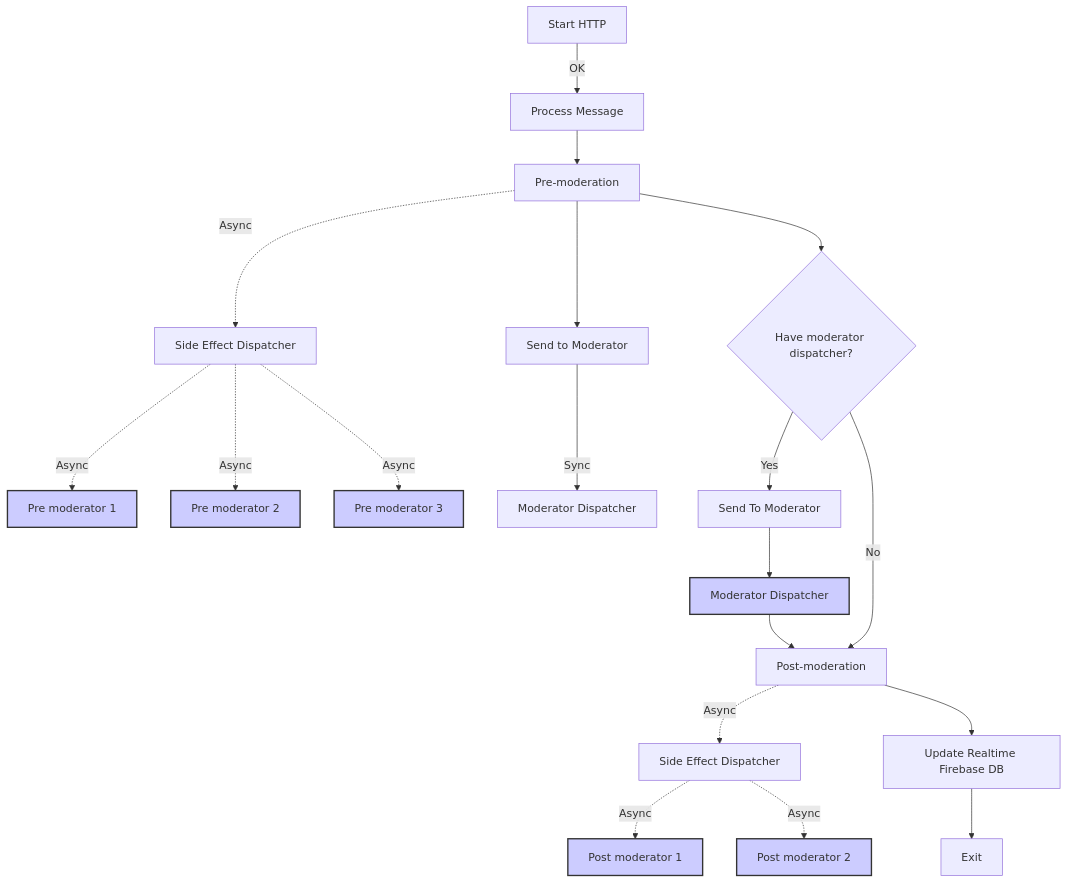
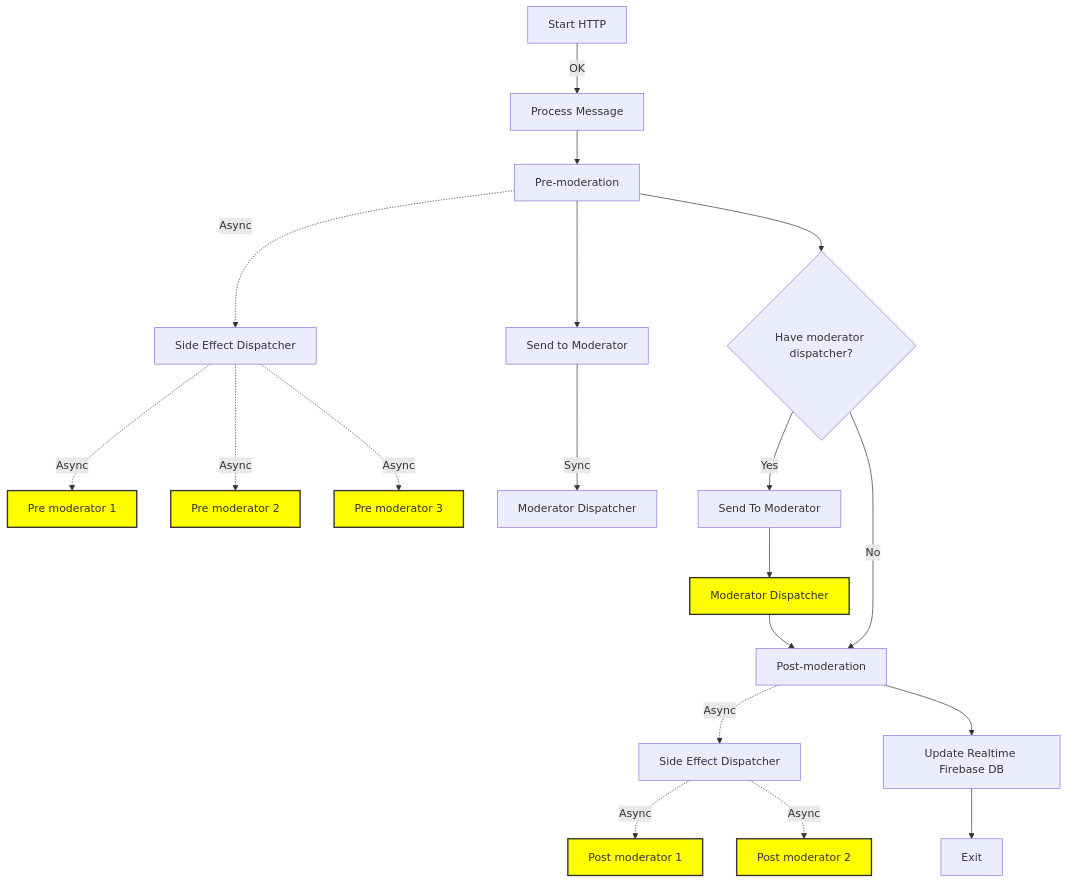
One commit to oudaykhaled/chat-service changed the diagram in README.md. Above: the diagram before and after it, drawn with Mermaid.

````diff
--- a/README.md
+++ b/README.md
@@ -63,26 +63,24 @@
 ```mermaid
 graph TD
   A[Start HTTP] -->|OK| B[Process Message]
   B --> E[Pre-moderation]
   E -.->|Async| C[Side Effect Dispatcher]
   C -.->|Async| D1[Pre moderator 1]
   C -.->|Async| D2[Pre moderator 2]
   C -.->|Async| D3[Pre moderator 3]
   E --> F[Send to Moderator]
   F -->|Sync| G[Moderator Dispatcher]
   E --> X{Have moderator dispatcher?}
   X -->|Yes| H[Send To Moderator]
   H --> I[Moderator Dispatcher]
   I --> J[Post-moderation]
   X -->|No| J[Post-moderation]
   J -.->|Async| K[Side Effect Dispatcher]
   K -.->|Async| L[Post moderator 1]
   K -.->|Async| M[Post moderator 2]
   J --> N[Update Realtime Firebase DB]
   N --> O[Exit]
 
-  classDef sync fill:#f9f,stroke:#333,stroke-width:2px;
-  classDef async fill:#ccf,stroke:#333,stroke-width:2px;
+  classDef async fill:#ff0,stroke:#333,stroke-width:2px;
   class I,D1,D2,D3,L,M async;
-
 ```
````
